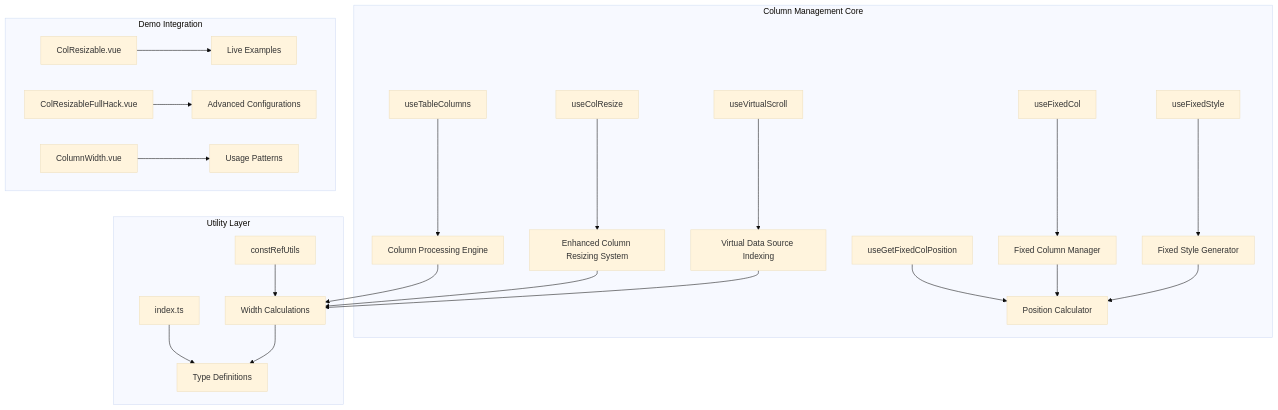
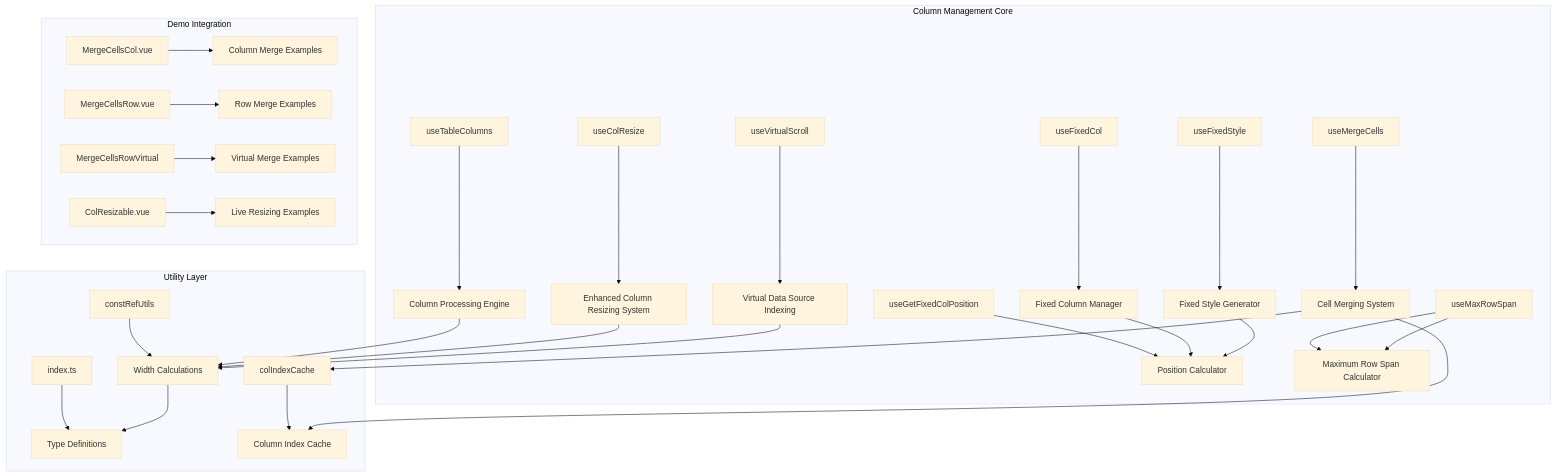
One commit to ja-plus/stk-table-vue changed the first of 10 diagrams in .qoder/repowiki/en/content/Column Management System.md. Above: the diagram before and after it, drawn with Mermaid (base theme). The commit also changed other lines of this file and 3 other files, not shown here.

````diff
--- a/.qoder/repowiki/en/content/Column Management System.md
+++ b/.qoder/repowiki/en/content/Column Management System.md
@@ -49,26 +55,33 @@
 ```mermaid
 graph TB
 subgraph "Column Management Core"
 A[useTableColumns] --> B[Column Processing Engine]
 C[useColResize] --> D[Enhanced Column Resizing System]
 E[useFixedCol] --> F[Fixed Column Manager]
 G[useFixedStyle] --> H[Fixed Style Generator]
 I[useGetFixedColPosition] --> J[Position Calculator]
 K[useVirtualScroll] --> L[Virtual Data Source Indexing]
+M[useMergeCells] --> N[Cell Merging System]
+O[useMaxRowSpan] --> P[Maximum Row Span Calculator]
 end
 subgraph "Utility Layer"
-M[constRefUtils] --> N[Width Calculations]
-O[index.ts] --> P[Type Definitions]
+Q[constRefUtils] --> R[Width Calculations]
+S[index.ts] --> T[Type Definitions]
+U[colIndexCache] --> V[Column Index Cache]
 end
 subgraph "Demo Integration"
-Q[ColResizable.vue] --> R[Live Examples]
-S[ColResizableFullHack.vue] --> T[Advanced Configurations]
-U[ColumnWidth.vue] --> V[Usage Patterns]
+W[MergeCellsCol.vue] --> X[Column Merge Examples]
+Y[MergeCellsRow.vue] --> Z[Row Merge Examples]
+AA[MergeCellsRowVirtual] --> BB[Virtual Merge Examples]
+CC[ColResizable.vue] --> DD[Live Resizing Examples]
 end
-B --> N
-D --> N
+B --> R
+D --> R
 F --> J
 H --> J
-L --> N
-N --> P
+L --> R
+N --> U
+N --> V
+O --> P
+R --> T
 ```
````
